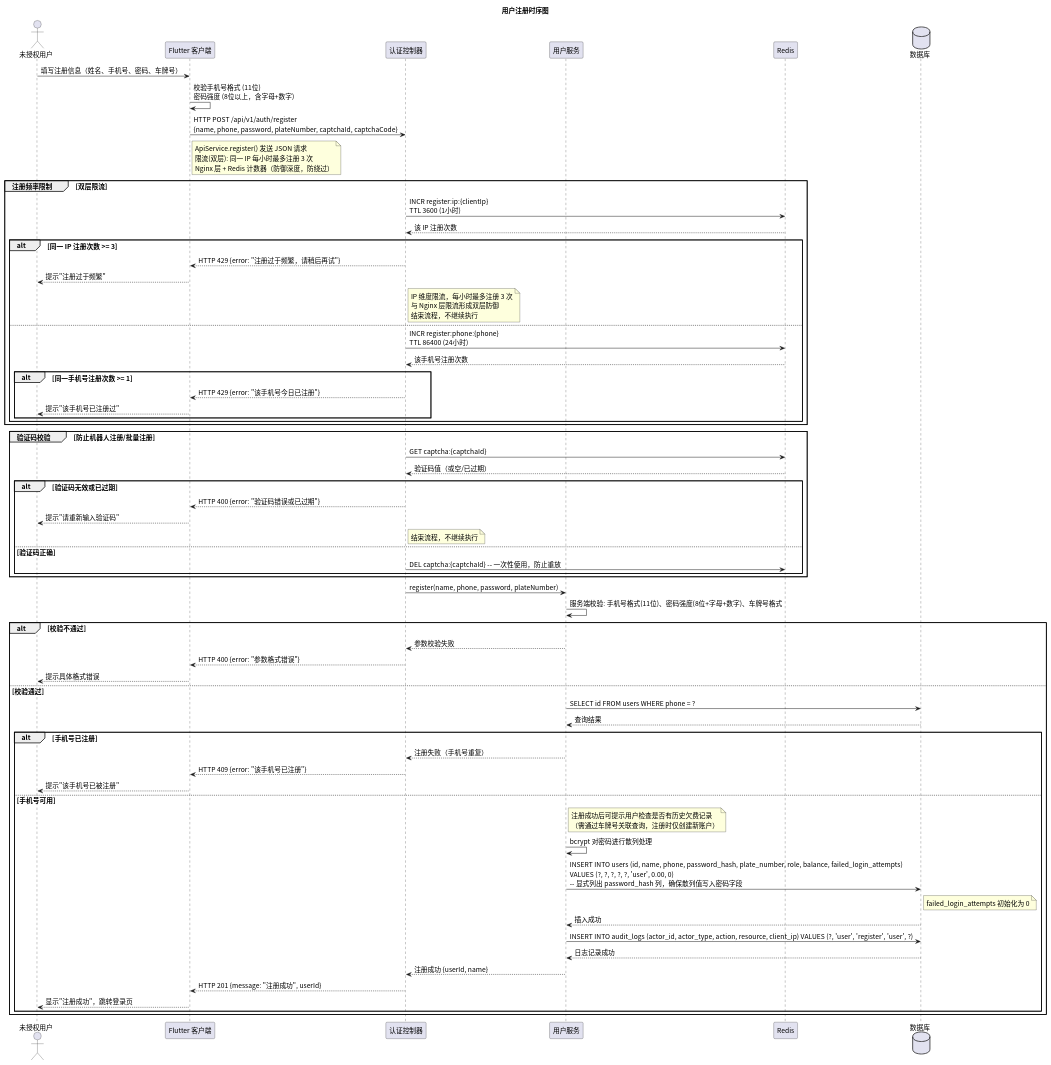
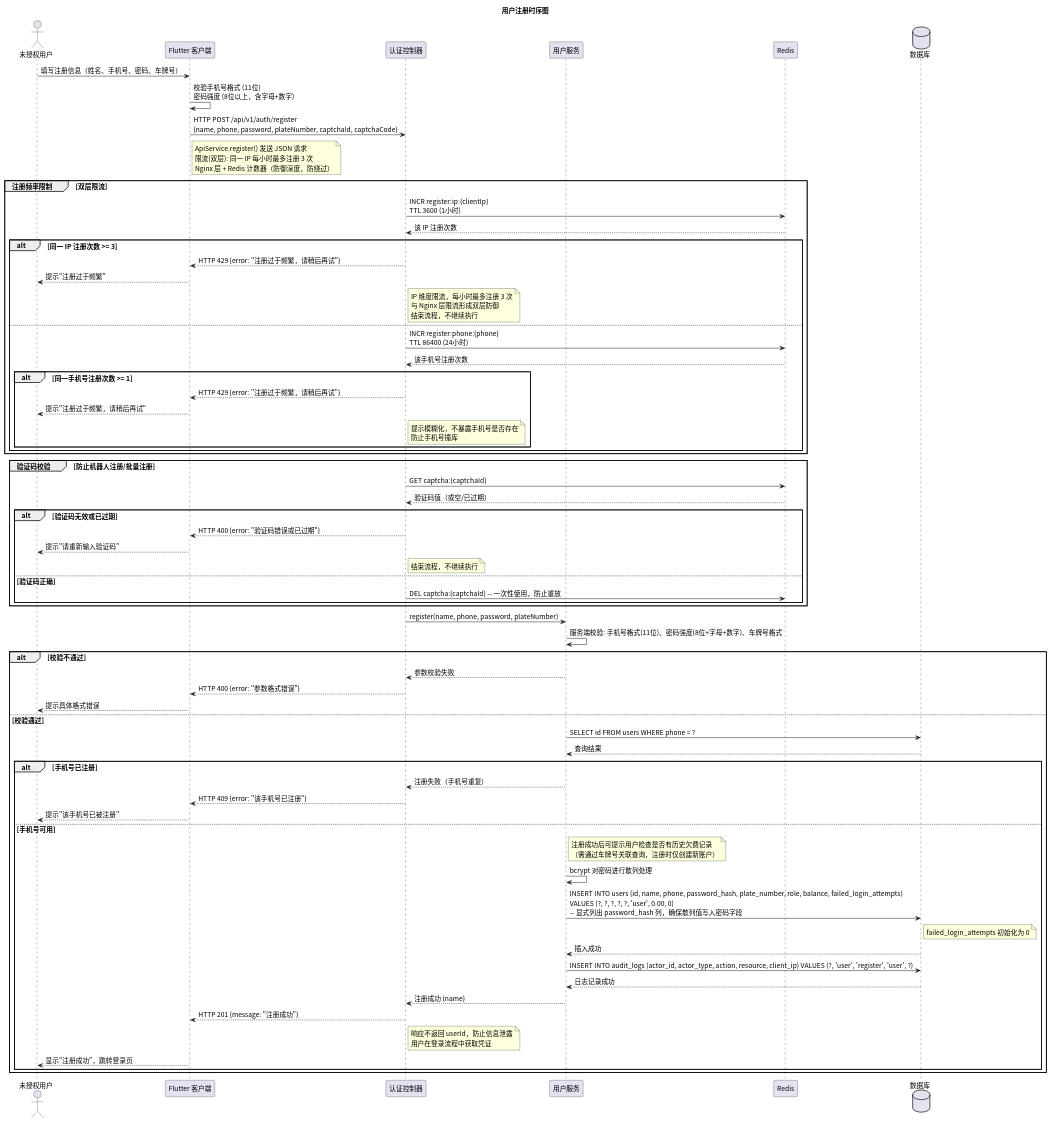
Before and after one commit to greenhandzdl/charging-station-doc: the diagram in time/src/sequence_register.puml, drawn with PlantUML. The commit also changed 19 other files, not shown here.

```diff
--- a/time/src/sequence_register.puml
+++ b/time/src/sequence_register.puml
@@ -1,79 +1,81 @@
 @startuml
 skinparam defaultFontName "Noto Sans CJK SC"
 skinparam defaultFontSize 14
 title 用户注册时序图
 
 ' 所有 SQL 操作使用 PreparedStatement 参数绑定，禁止字符串拼接
 actor 未授权用户 as U
 participant "Flutter 客户端" as FE
 participant "认证控制器" as Ctrl
 participant "用户服务" as US
 participant "Redis" as Cache
 database 数据库 as DB
 
 U -> FE: 填写注册信息（姓名、手机号、密码、车牌号）
 FE -> FE: 校验手机号格式 (11位)\n密码强度 (8位以上，含字母+数字)
 FE -> Ctrl: HTTP POST /api/v1/auth/register\n{name, phone, password, plateNumber, captchaId, captchaCode}
 note right FE : ApiService.register() 发送 JSON 请求\n限流(双层): 同一 IP 每小时最多注册 3 次\nNginx 层 + Redis 计数器（防御深度，防绕过）
 
 
 group 注册频率限制 [双层限流]
   Ctrl -> Cache: INCR register:ip:{clientIp}\nTTL 3600 (1小时)
   Cache --> Ctrl: 该 IP 注册次数
 
   alt 同一 IP 注册次数 >= 3
     Ctrl --> FE: HTTP 429 {error: "注册过于频繁，请稍后再试"}
     FE --> U: 提示"注册过于频繁"
     note right Ctrl : IP 维度限流，每小时最多注册 3 次\n与 Nginx 层限流形成双层防御\n结束流程，不继续执行
   else
     Ctrl -> Cache: INCR register:phone:{phone}\nTTL 86400 (24小时)
     Cache --> Ctrl: 该手机号注册次数
     alt 同一手机号注册次数 >= 1
-      Ctrl --> FE: HTTP 429 {error: "该手机号今日已注册"}
-      FE --> U: 提示"该手机号已注册过"
+      Ctrl --> FE: HTTP 429 {error: "注册过于频繁，请稍后再试"}
+      FE --> U: 提示"注册过于频繁，请稍后再试"
+      note right Ctrl : 提示模糊化，不暴露手机号是否存在\n防止手机号撞库
     end
   end
 end
 
 group 验证码校验 [防止机器人注册/批量注册]
   Ctrl -> Cache: GET captcha:{captchaId}
   Cache --> Ctrl: 验证码值（或空/已过期）
 
   alt 验证码无效或已过期
     Ctrl --> FE: HTTP 400 {error: "验证码错误或已过期"}
     FE --> U: 提示"请重新输入验证码"
     note right Ctrl : 结束流程，不继续执行
   else 验证码正确
     Ctrl -> Cache: DEL captcha:{captchaId} -- 一次性使用，防止重放
   end
 end
 
 Ctrl -> US: register(name, phone, password, plateNumber)
 US -> US: 服务端校验: 手机号格式(11位)、密码强度(8位+字母+数字)、车牌号格式
 
 alt 校验不通过
   US --> Ctrl: 参数校验失败
   Ctrl --> FE: HTTP 400 {error: "参数格式错误"}
   FE --> U: 提示具体格式错误
 else 校验通过
   US -> DB: SELECT id FROM users WHERE phone = ?
   DB --> US: 查询结果
 
   alt 手机号已注册
     US --> Ctrl: 注册失败（手机号重复）
     Ctrl --> FE: HTTP 409 {error: "该手机号已注册"}
     FE --> U: 提示"该手机号已被注册"
   else 手机号可用
     note right US : 注册成功后可提示用户检查是否有历史欠费记录\n（需通过车牌号关联查询，注册时仅创建新账户）
     US -> US: bcrypt 对密码进行散列处理
     US -> DB: INSERT INTO users (id, name, phone, password_hash, plate_number, role, balance, failed_login_attempts)\nVALUES (?, ?, ?, ?, ?, 'user', 0.00, 0)\n-- 显式列出 password_hash 列，确保散列值写入密码字段
     note right DB : failed_login_attempts 初始化为 0
     DB --> US: 插入成功
     US -> DB: INSERT INTO audit_logs (actor_id, actor_type, action, resource, client_ip) VALUES (?, 'user', 'register', 'user', ?)
     DB --> US: 日志记录成功
-    US --> Ctrl: 注册成功 {userId, name}
-    Ctrl --> FE: HTTP 201 {message: "注册成功", userId}
+    US --> Ctrl: 注册成功 {name}
+    Ctrl --> FE: HTTP 201 {message: "注册成功"}
+    note right Ctrl : 响应不返回 userId，防止信息泄露\n用户在登录流程中获取凭证
     FE --> U: 显示"注册成功"，跳转登录页
   end
 end
 @enduml
```
